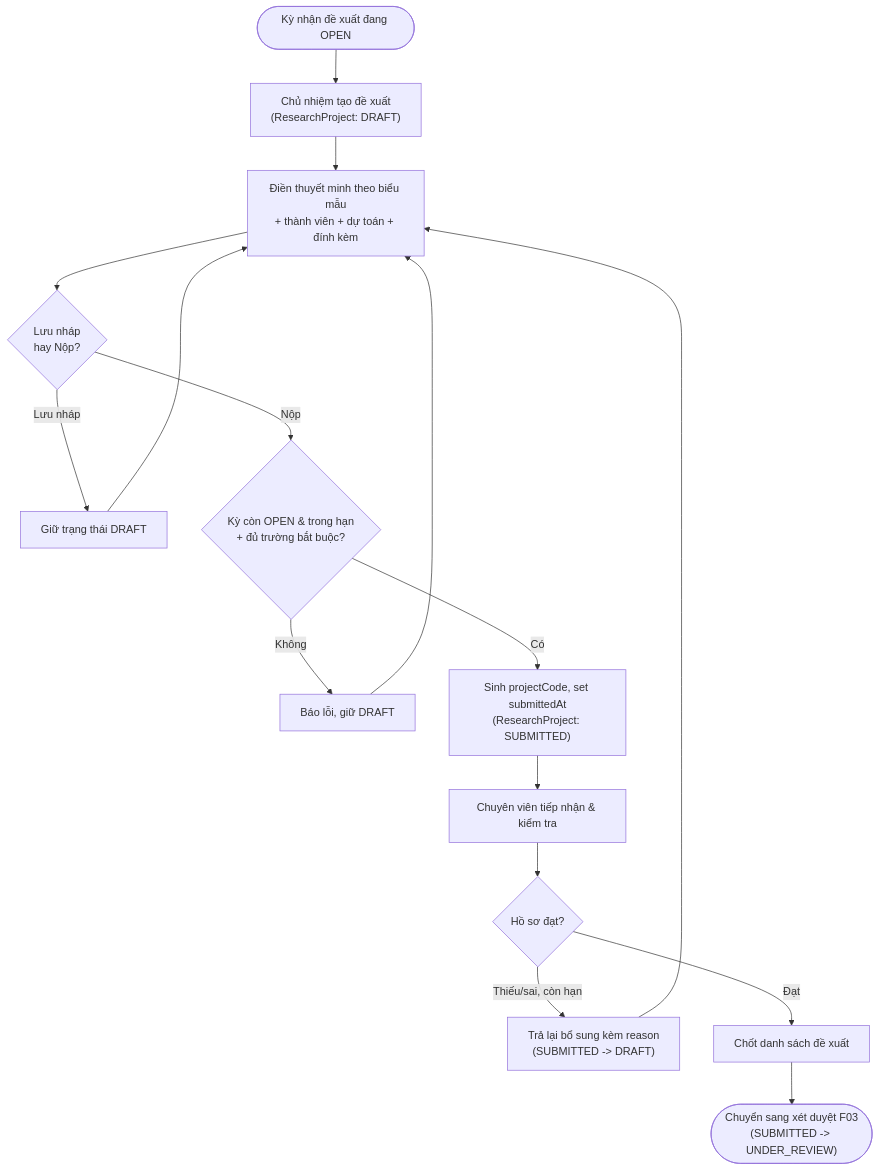
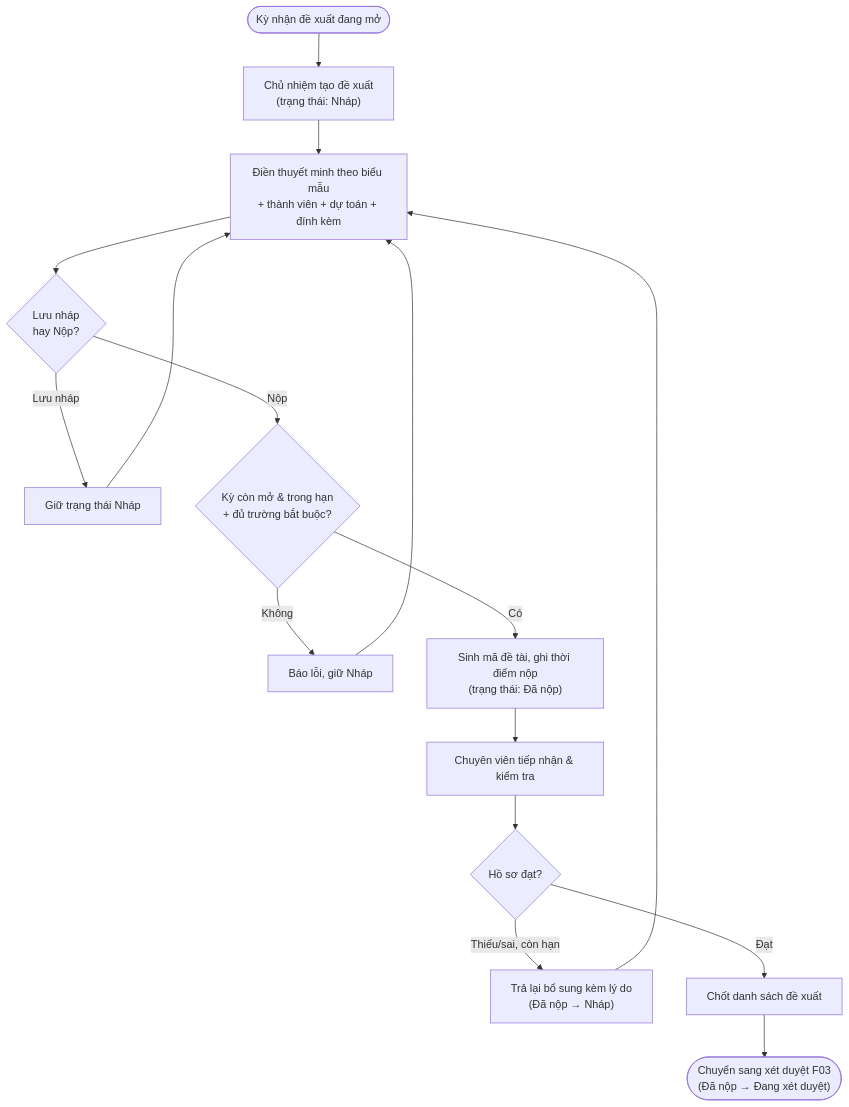
The diagram in docs/features/F01-de-xuat-de-tai/spec.md (PTZero2026/rms-docs), drawn with Mermaid before and after one commit. The commit also changed other lines of this file and 13 other files, not shown here.

Commit message:
Tách các file đã chỉnh sửa thành 2 commit riêng biệt: một commit cho phần "Quản lý người dùng" và một commit cho phần "Đề xuất đề tài". Điều này giúp làm rõ lịch sử commit và dễ dàng theo dõi các thay đổi liên quan đến từng tính năng cụ thể.

````diff
--- a/docs/features/F01-de-xuat-de-tai/spec.md
+++ b/docs/features/F01-de-xuat-de-tai/spec.md
@@ -51,18 +55,18 @@
 ```mermaid
 flowchart TD
-    start([Kỳ nhận đề xuất đang OPEN]) --> create["Chủ nhiệm tạo đề xuất<br/>(ResearchProject: DRAFT)"]
+    start([Kỳ nhận đề xuất đang mở]) --> create["Chủ nhiệm tạo đề xuất<br/>(trạng thái: Nháp)"]
     create --> edit["Điền thuyết minh theo biểu mẫu<br/>+ thành viên + dự toán + đính kèm"]
     edit --> save{"Lưu nháp<br/>hay Nộp?"}
-    save -->|Lưu nháp| draft["Giữ trạng thái DRAFT"]
+    save -->|Lưu nháp| draft["Giữ trạng thái Nháp"]
     draft --> edit
-    save -->|Nộp| validate{"Kỳ còn OPEN &amp; trong hạn<br/>+ đủ trường bắt buộc?"}
-    validate -->|Không| reject["Báo lỗi, giữ DRAFT"]
+    save -->|Nộp| validate{"Kỳ còn mở &amp; trong hạn<br/>+ đủ trường bắt buộc?"}
+    validate -->|Không| reject["Báo lỗi, giữ Nháp"]
     reject --> edit
-    validate -->|Có| submit["Sinh projectCode, set submittedAt<br/>(ResearchProject: SUBMITTED)"]
+    validate -->|Có| submit["Sinh mã đề tài, ghi thời điểm nộp<br/>(trạng thái: Đã nộp)"]
     submit --> receive["Chuyên viên tiếp nhận &amp; kiểm tra"]
     receive --> check{"Hồ sơ đạt?"}
-    check -->|Thiếu/sai, còn hạn| back["Trả lại bổ sung kèm reason<br/>(SUBMITTED -> DRAFT)"]
+    check -->|Thiếu/sai, còn hạn| back["Trả lại bổ sung kèm lý do<br/>(Đã nộp → Nháp)"]
     back --> edit
     check -->|Đạt| lock["Chốt danh sách đề xuất"]
-    lock --> f03(["Chuyển sang xét duyệt F03<br/>(SUBMITTED -> UNDER_REVIEW)"])
+    lock --> f03(["Chuyển sang xét duyệt F03<br/>(Đã nộp → Đang xét duyệt)"])
 ```
````
